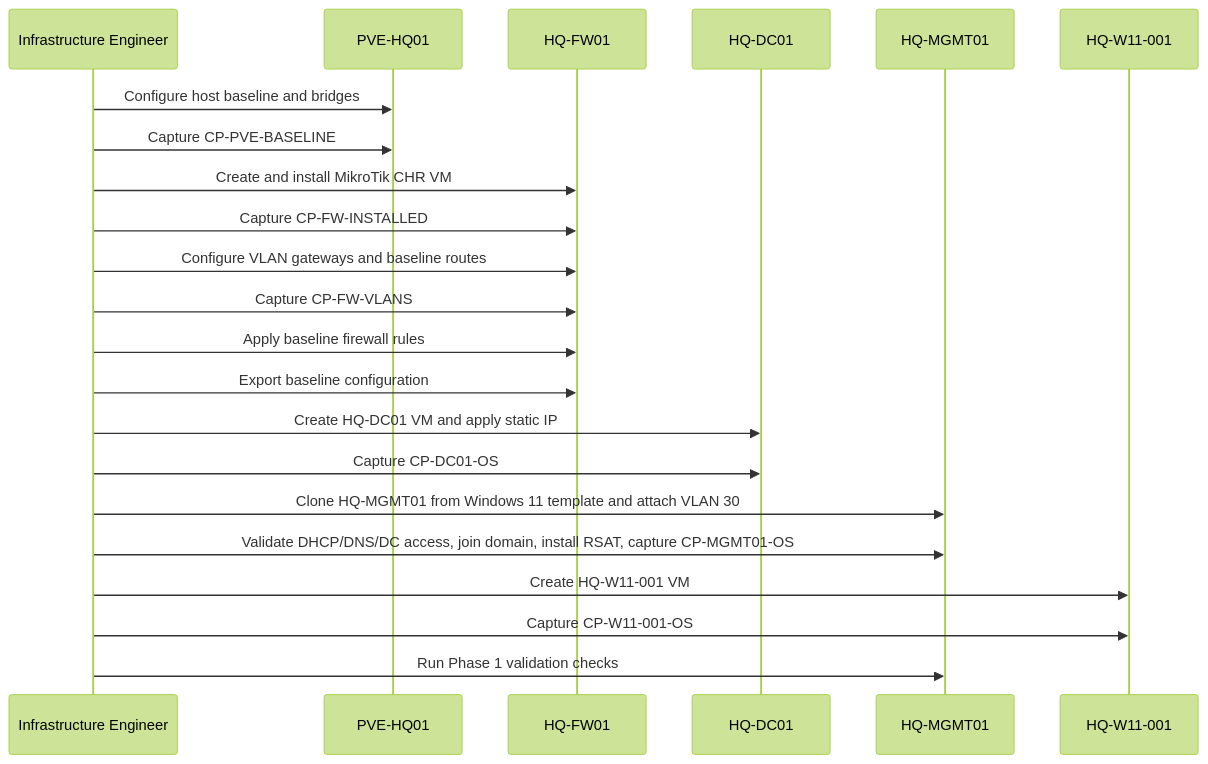
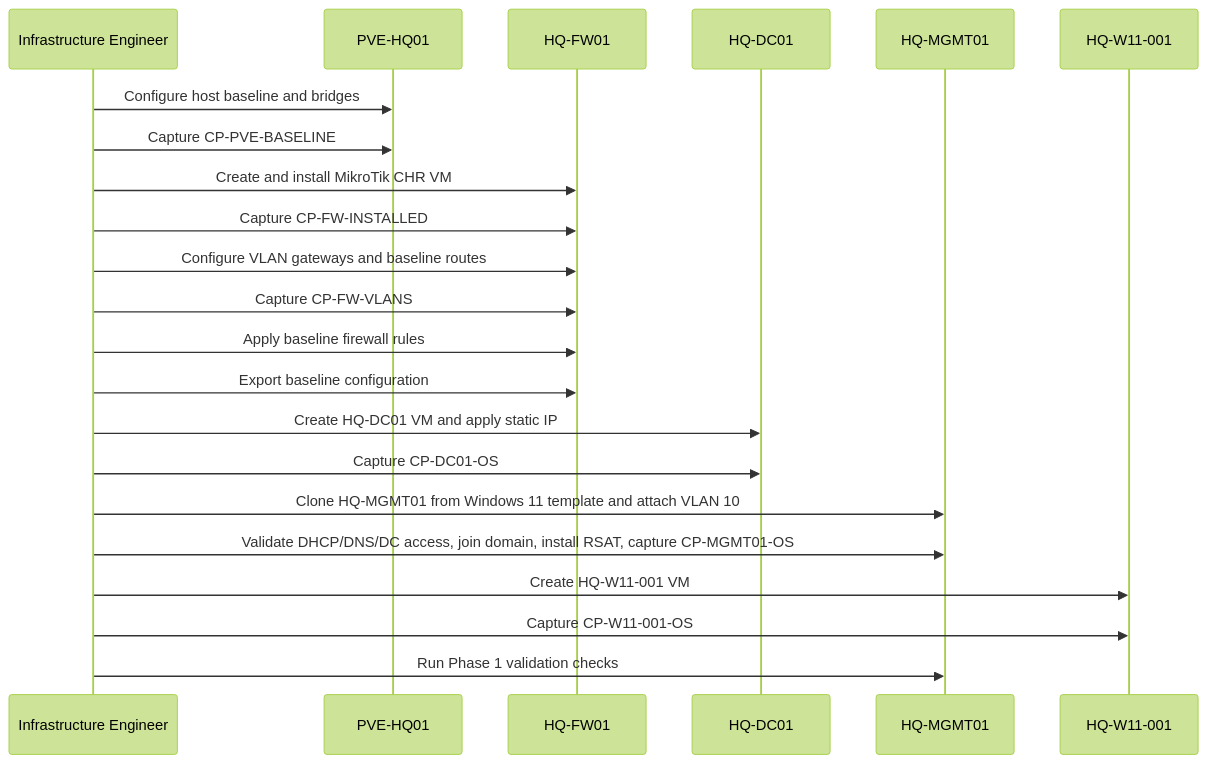
Before and after one commit to gntech-dev/geil-enterprise-docs: the first of 3 diagrams in docs/platform/phase-1-build-plan.md, drawn with Mermaid (forest theme). The commit also changed other lines of this file and 22 other files, not shown here.

Commit message:
docs: move HQ-MGMT01 to management VLAN

````diff
--- a/docs/platform/phase-1-build-plan.md
+++ b/docs/platform/phase-1-build-plan.md
@@ -58,25 +58,25 @@
 ```mermaid
 sequenceDiagram
     participant Eng as Infrastructure Engineer
     participant PVE as PVE-HQ01
     participant FW as HQ-FW01
     participant DC as HQ-DC01
     participant MGMT as HQ-MGMT01
     participant W11 as HQ-W11-001
 
     Eng->>PVE: Configure host baseline and bridges
     Eng->>PVE: Capture CP-PVE-BASELINE
     Eng->>FW: Create and install MikroTik CHR VM
     Eng->>FW: Capture CP-FW-INSTALLED
     Eng->>FW: Configure VLAN gateways and baseline routes
     Eng->>FW: Capture CP-FW-VLANS
     Eng->>FW: Apply baseline firewall rules
     Eng->>FW: Export baseline configuration
     Eng->>DC: Create HQ-DC01 VM and apply static IP
     Eng->>DC: Capture CP-DC01-OS
-    Eng->>MGMT: Clone HQ-MGMT01 from Windows 11 template and attach VLAN 30
+    Eng->>MGMT: Clone HQ-MGMT01 from Windows 11 template and attach VLAN 10
     Eng->>MGMT: Validate DHCP/DNS/DC access, join domain, install RSAT, capture CP-MGMT01-OS
     Eng->>W11: Create HQ-W11-001 VM
     Eng->>W11: Capture CP-W11-001-OS
     Eng->>MGMT: Run Phase 1 validation checks
 ```
````
